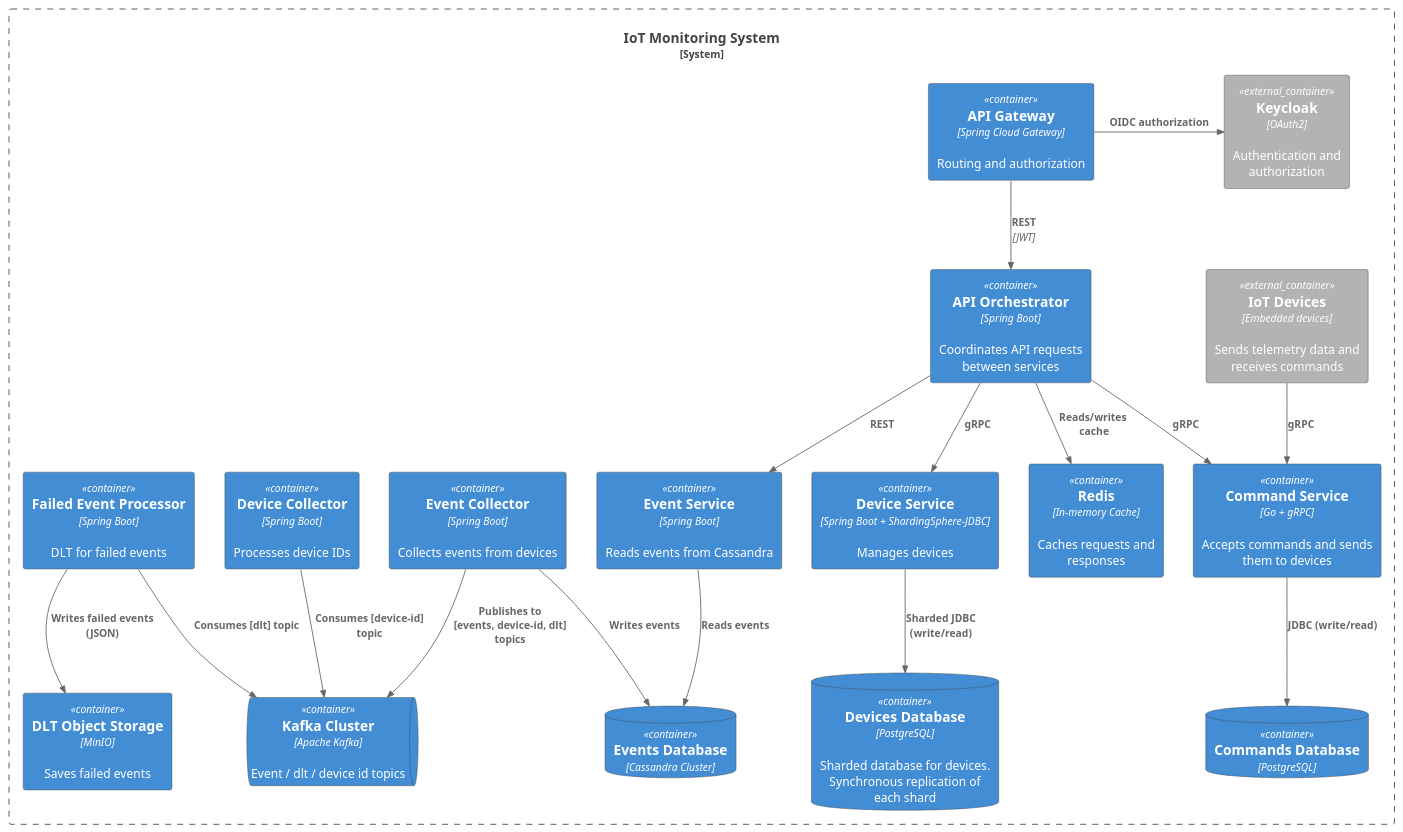
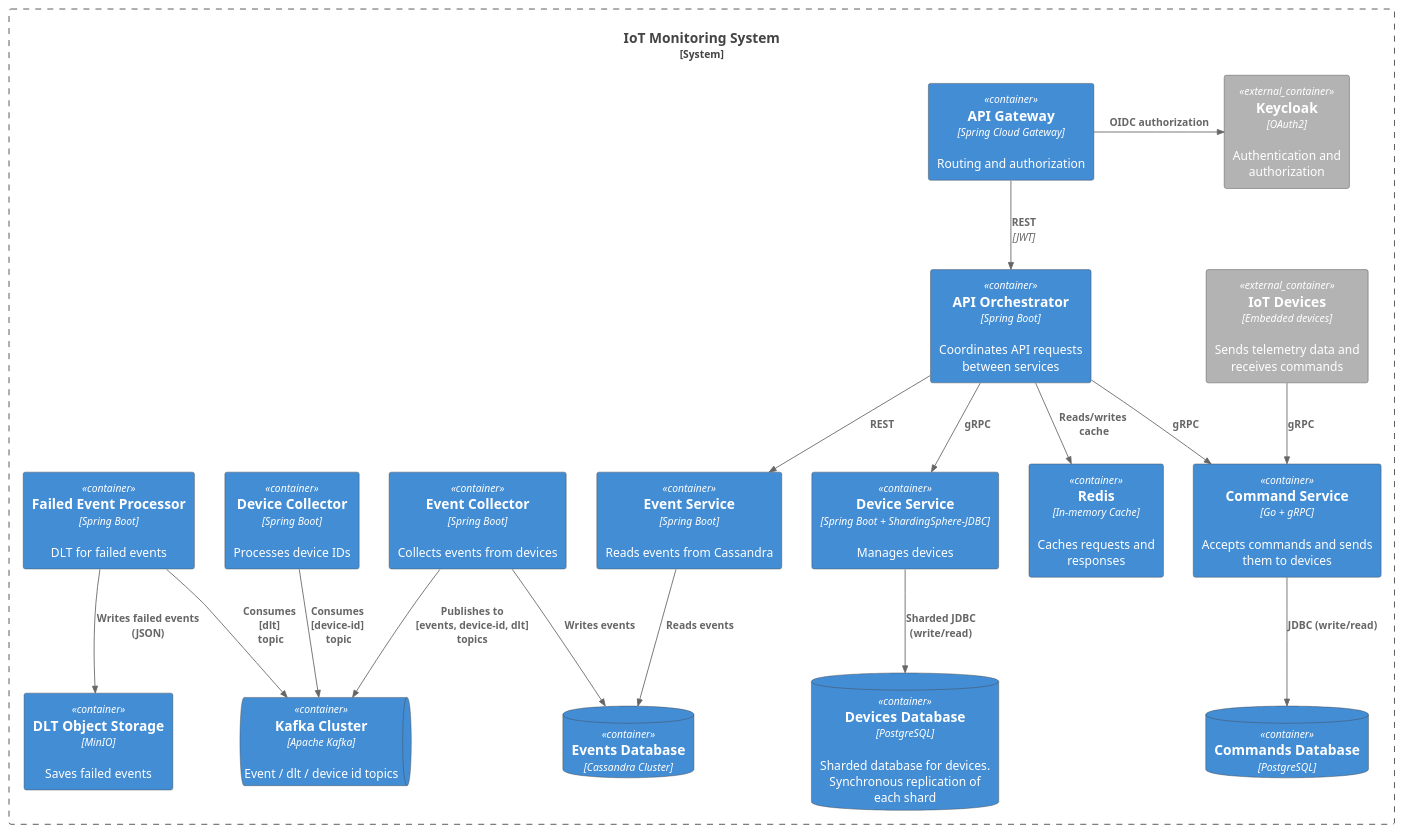
One commit to ds-usova/ourcode-iot-platform changed the diagram in architecture/diagrams/containers.puml. Above: the diagram before and after it, drawn with PlantUML.

Commit message:
Containers diagram: format topic labels

```diff
--- a/architecture/diagrams/containers.puml
+++ b/architecture/diagrams/containers.puml
@@ -1,58 +1,58 @@
 @startuml Context
 !include https://raw.githubusercontent.com/plantuml-stdlib/C4-PlantUML/master/C4_Container.puml
 
 ' Styles
 UpdateElementStyle("container", $borderColor="#444444")
 UpdateElementStyle("external_container", $borderColor="#444444")
 
 System_Boundary(system, "IoT Monitoring System") {
 
     ' Containers
     Container(gateway, "API Gateway", "Spring Cloud Gateway", "Routing and authorization")
     Container(orchestrator, "API Orchestrator", "Spring Boot", "Coordinates API requests between services")
     Container(command_service, "Command Service", "Go + gRPC", "Accepts commands and sends them to devices")
     Container(device_service, "Device Service", "Spring Boot + ShardingSphere-JDBC", "Manages devices")
     Container(event_service, "Event Service", "Spring Boot", "Reads events from Cassandra")
     Container(redis, "Redis", "In-memory Cache", "Caches requests and responses")
     Container(event_collector, "Event Collector", "Spring Boot", "Collects events from devices")
     Container(minio, "DLT Object Storage", "MinIO", "Saves failed events")
     ContainerDb(event_db, "Events Database", "Cassandra Cluster")
     ContainerQueue(kafka, "Kafka Cluster", "Apache Kafka", "Event / dlt / device id topics")
     Container(device_collector, "Device Collector", "Spring Boot", "Processes device IDs")
     Container(failed_event_processor, "Failed Event Processor", "Spring Boot", "DLT for failed events")
     ContainerDb(commands_db, "Commands Database", "PostgreSQL")
     ContainerDb(devices_db, "Devices Database", "PostgreSQL", "Sharded database for devices. Synchronous replication of each shard")
 
     ' External containers
     Container_Ext(iot_devices, "IoT Devices", "Embedded devices", "Sends telemetry data and receives commands")
     Container_Ext(keycloack, "Keycloak", "OAuth2", "Authentication and authorization")
 
     ' Relations
     Rel_Right(gateway, keycloack, "OIDC authorization")
     Rel(gateway, orchestrator, "REST", "JWT")
 
     Rel(orchestrator, command_service, "gRPC")
     Rel(orchestrator, device_service, "gRPC")
     Rel(orchestrator, event_service, "REST")
     Rel(orchestrator, redis, "Reads/writes\n cache")
 
     Rel(iot_devices, command_service, "gRPC")
 
     Rel(command_service, commands_db, "JDBC (write/read)")
 
     Rel(device_service, devices_db, "Sharded JDBC (write/read)")
 
     Rel(event_service, event_db, "Reads events")
 
     Rel(event_collector, kafka, "Publishes to \n[events, device-id, dlt] topics")
     Rel(event_collector, event_db, "Writes events")
 
-    Rel(device_collector, kafka, "Consumes [device-id] topic")
+    Rel(device_collector, kafka, "Consumes \n[device-id]\n topic")
 
-    Rel(failed_event_processor, kafka, "Consumes [dlt] topic")
+    Rel(failed_event_processor, kafka, "Consumes \n[dlt]\n topic")
     Rel(failed_event_processor, minio, "Writes failed events (JSON)")
 
     ' Force layout with hidden relations
     keycloack -[hidden]down-> iot_devices
 }
 @enduml
```
